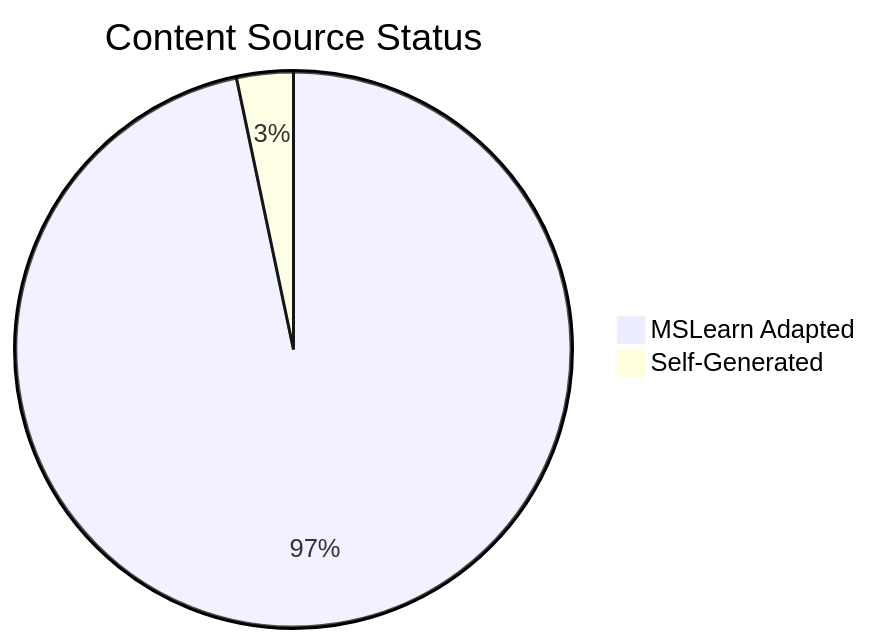
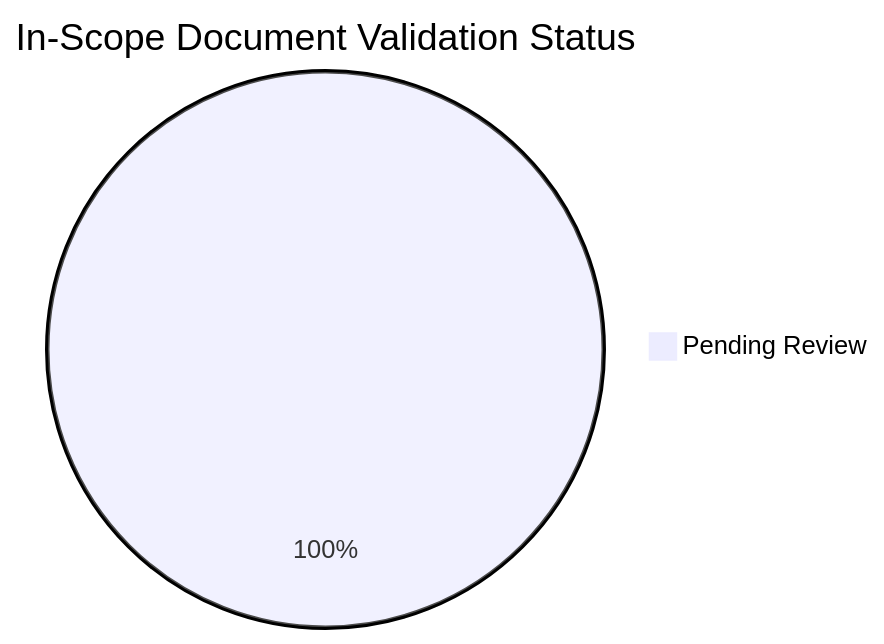
Before and after one commit to yeongseon/azure-storage-practical-guide: the diagram in docs/reference/content-validation-status.md, drawn with Mermaid. The commit also changed other lines of this file and 61 other files, not shown here.

Commit message:
docs: implement content_validation and tutorial validation metadata (#1, #2) (#43)

````diff
--- a/docs/reference/content-validation-status.md
+++ b/docs/reference/content-validation-status.md
@@ -35,5 +29,4 @@
 ```mermaid
-pie title Content Source Status
-    "MSLearn Adapted" : 88
-    "Self-Generated" : 3
+pie title In-Scope Document Validation Status
+    "Pending Review" : 49
 ```
````
